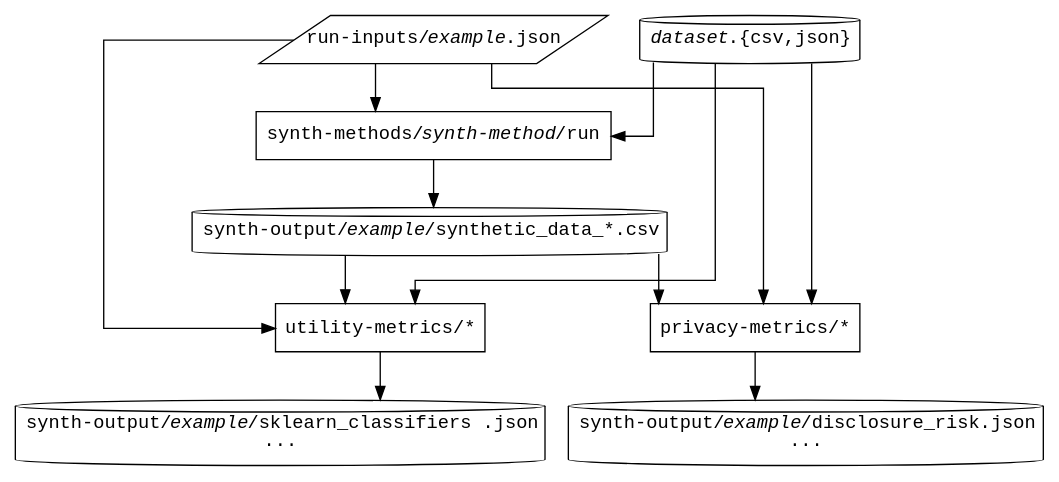
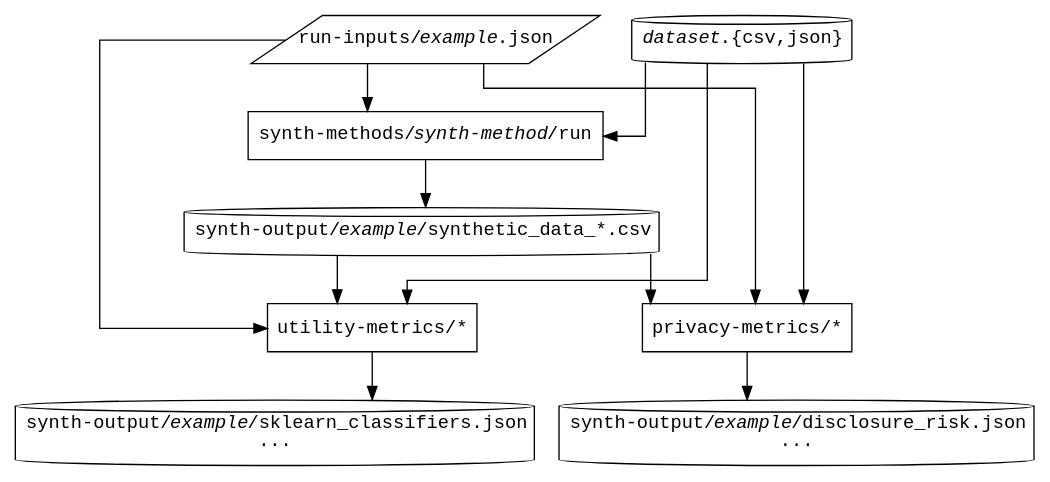
The diagram in doc/fig/pipeline.dot (alan-turing-institute/QUIPP-pipeline), drawn with Graphviz before and after one commit.

```diff
--- a/doc/fig/pipeline.dot
+++ b/doc/fig/pipeline.dot
@@ -1,28 +1,28 @@
 digraph pipeline {
 
     node [fontname="courier"]
     graph [splines=ortho, concentrate=true]
     
     dataset [shape=cylinder, label=<<i>dataset</i>.{csv,json}>]
     synth_method [shape=box, label=<synth-methods/<i>synth-method</i>/run>]
     run_inputs [shape=parallelogram, label=<run-inputs/<i>example</i>.json>, width=3.5, fixedsize=TRUE]
     synth_data [shape=cylinder, label=<synth-output/<i>example</i>/synthetic_data_*.csv>]
     privacy_metrics [shape=box, label="privacy-metrics/*"]
     utility_metrics [shape=box, label="utility-metrics/*"]
     privacy_score [shape=cylinder, label=<synth-output/<i>example</i>/disclosure_risk.json<br/>...>]
-    utility_score [shape=cylinder, label=<synth-output/<i>example</i>/sklearn_classifiers .json<br/>...>]
+    utility_score [shape=cylinder, label=<synth-output/<i>example</i>/sklearn_classifiers.json<br/>...>]
 
     {rank="source"; run_inputs}
     {rank="same"; run_inputs, dataset}
 
     run_inputs -> synth_method -> synth_data
     dataset -> synth_method
 
     synth_data -> utility_metrics -> utility_score
     run_inputs -> utility_metrics
     dataset -> utility_metrics
 
     synth_data -> privacy_metrics -> privacy_score
     run_inputs -> privacy_metrics
     dataset -> privacy_metrics
 }
```
